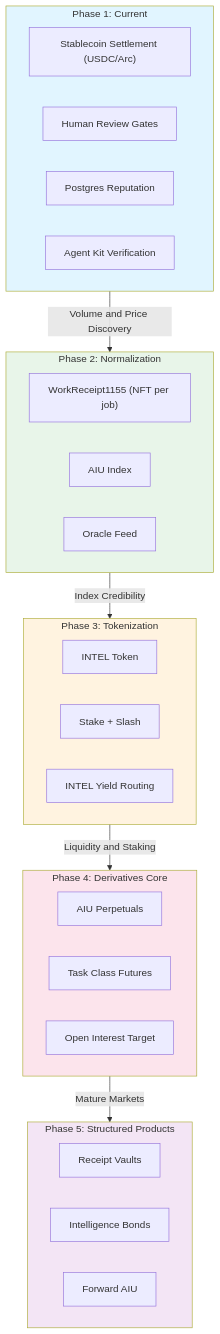
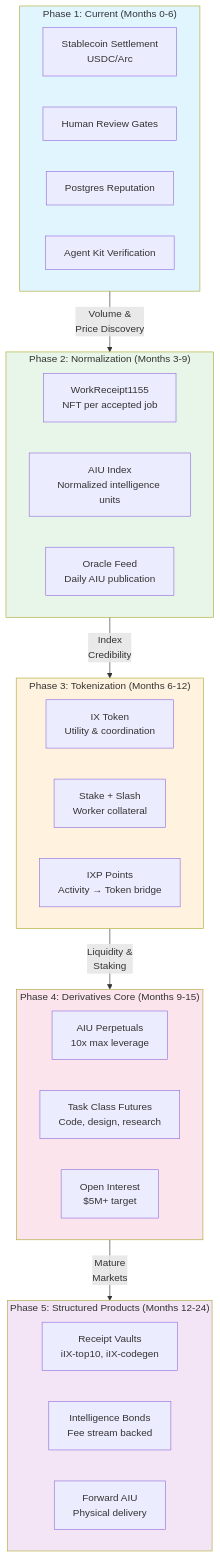
Before and after one commit to chimera-defi/ethglobal-cannes-2026-intelligence-exchange: the first of 4 diagrams in docs/architecture/intelligence-derivatives-evolution.md, drawn with Mermaid. The commit also changed other lines of this file and 2 other files, not shown here.

First line of the commit message:
docs: add architecture diagrams for data flows and tokenization [Agent: Kimi Code CLI]

````diff
--- a/docs/architecture/intelligence-derivatives-evolution.md
+++ b/docs/architecture/intelligence-derivatives-evolution.md
@@ -9,44 +7,44 @@
 ```mermaid
 flowchart TB
-    subgraph Phase1["Phase 1: Current"]
-        P1_Stable["Stablecoin Settlement (USDC/Arc)"]
+    subgraph Phase1["Phase 1: Current (Months 0-6)"]
+        P1_Stable["Stablecoin Settlement<br/>USDC/Arc"]
         P1_Human["Human Review Gates"]
         P1_Postgres["Postgres Reputation"]
         P1_AgentKit["Agent Kit Verification"]
     end
 
-    subgraph Phase2["Phase 2: Normalization"]
-        P2_Receipt["WorkReceipt1155 (NFT per job)"]
-        P2_AIU["AIU Index"]
-        P2_Oracle["Oracle Feed"]
+    subgraph Phase2["Phase 2: Normalization (Months 3-9)"]
+        P2_Receipt["WorkReceipt1155<br/>NFT per accepted job"]
+        P2_AIU["AIU Index<br/>Normalized intelligence units"]
+        P2_Oracle["Oracle Feed<br/>Daily AIU publication"]
     end
 
-    subgraph Phase3["Phase 3: Tokenization"]
-        P3_IX["INTEL Token"]
-        P3_Stake["Stake + Slash"]
-        P3_Rewards["INTEL Yield Routing"]
+    subgraph Phase3["Phase 3: Tokenization (Months 6-12)"]
+        P3_IX["IX Token<br/>Utility & coordination"]
+        P3_Stake["Stake + Slash<br/>Worker collateral"]
+        P3_Rewards["IXP Points<br/>Activity → Token bridge"]
     end
 
-    subgraph Phase4["Phase 4: Derivatives Core"]
-        P4_Perp["AIU Perpetuals"]
-        P4_Futures["Task Class Futures"]
-        P4_OI["Open Interest Target"]
+    subgraph Phase4["Phase 4: Derivatives Core (Months 9-15)"]
+        P4_Perp["AIU Perpetuals<br/>10x max leverage"]
+        P4_Futures["Task Class Futures<br/>Code, design, research"]
+        P4_OI["Open Interest<br/>$5M+ target"]
     end
 
-    subgraph Phase5["Phase 5: Structured Products"]
-        P5_Vault["Receipt Vaults"]
-        P5_Bonds["Intelligence Bonds"]
-        P5_Forward["Forward AIU"]
+    subgraph Phase5["Phase 5: Structured Products (Months 12-24)"]
+        P5_Vault["Receipt Vaults<br/>iIX-top10, iIX-codegen"]
+        P5_Bonds["Intelligence Bonds<br/>Fee stream backed"]
+        P5_Forward["Forward AIU<br/>Physical delivery"]
     end
 
-    Phase1 -->|"Volume and Price Discovery"| Phase2
-    Phase2 -->|"Index Credibility"| Phase3
-    Phase3 -->|"Liquidity and Staking"| Phase4
-    Phase4 -->|"Mature Markets"| Phase5
+    Phase1 -->|"Volume &<br/>Price Discovery"| Phase2
+    Phase2 -->|"Index<br/>Credibility"| Phase3
+    Phase3 -->|"Liquidity &<br/>Staking"| Phase4
+    Phase4 -->|"Mature<br/>Markets"| Phase5
 
     style Phase1 fill:#e1f5ff
     style Phase2 fill:#e8f5e9
     style Phase3 fill:#fff3e0
     style Phase4 fill:#fce4ec
     style Phase5 fill:#f3e5f5
 ```
````
